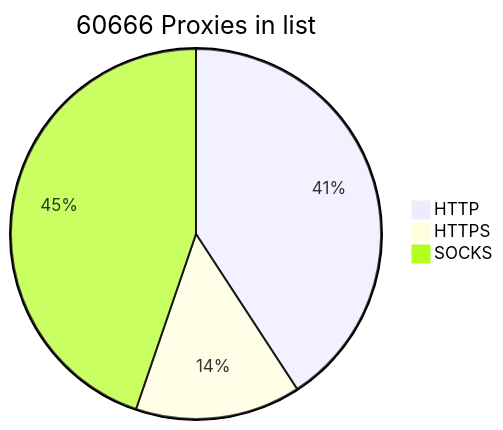
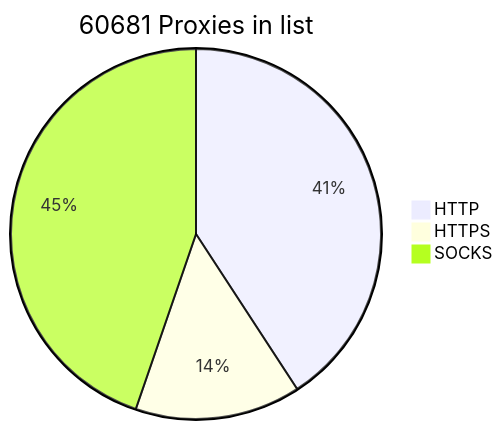
One commit to BlackSnowDot/proxylist-update-every-minute changed the diagram in README.md. Above: the diagram before and after it, drawn with Mermaid.

````diff
--- a/README.md
+++ b/README.md
@@ -2,6 +2,6 @@
 ```mermaid
-pie title 60666 Proxies in list
-    "HTTP" : 28018
-    "HTTPS": 9925
+pie title 60681 Proxies in list
+    "HTTP" : 28031
+    "HTTPS": 9943
     "SOCKS" : 30731
 ```
````
